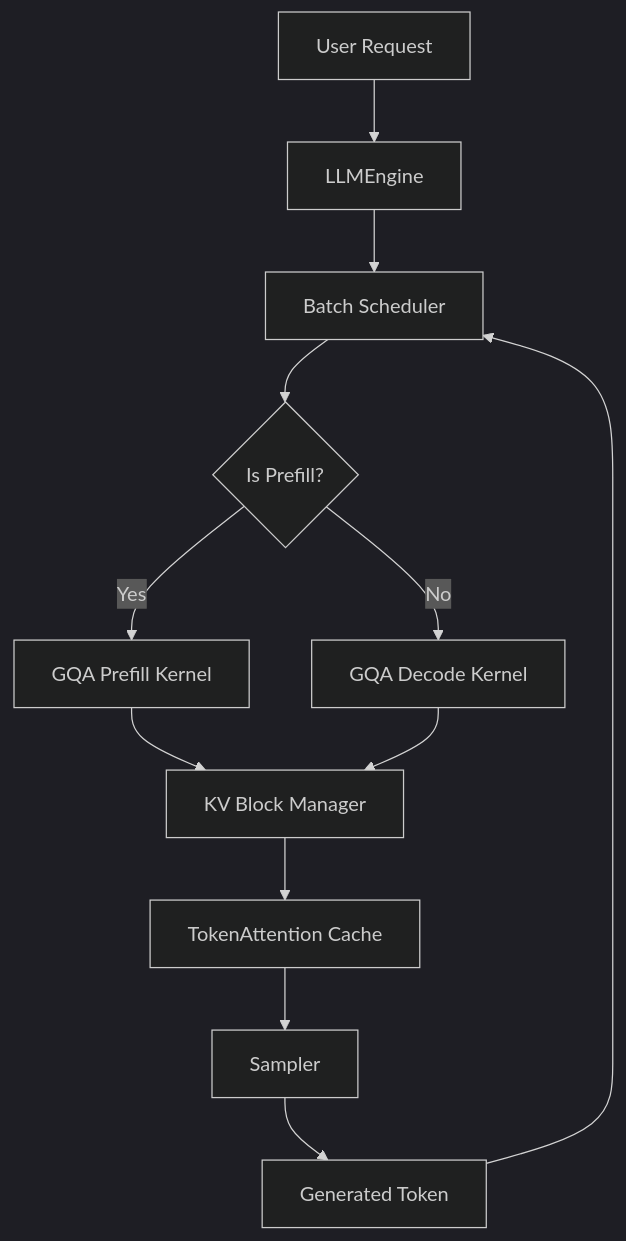
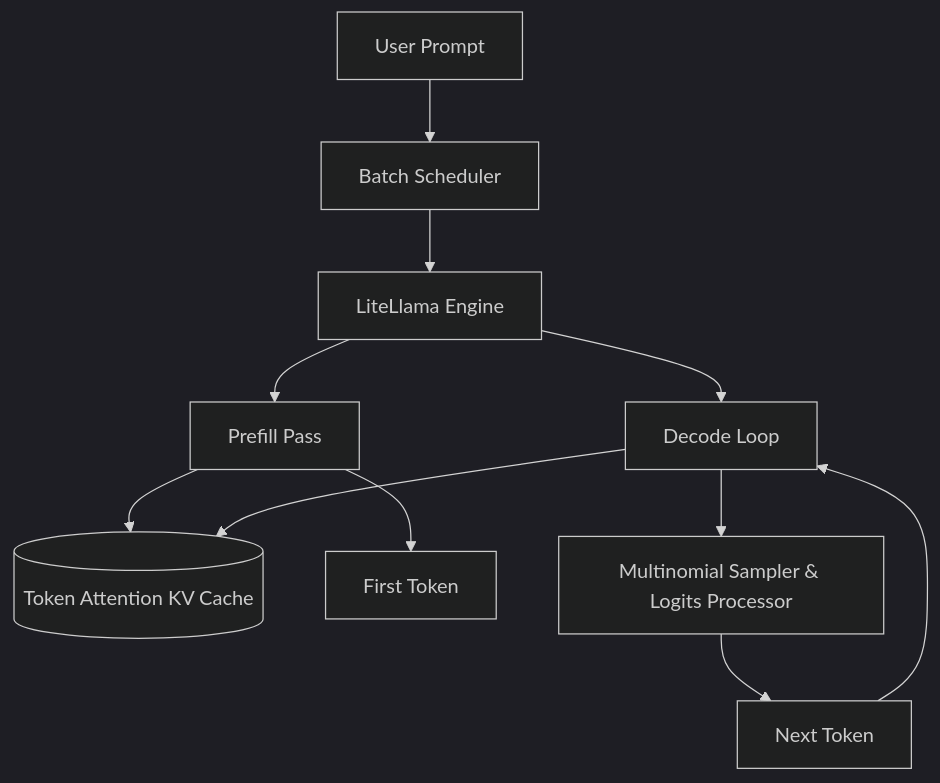
The diagram in README.md (Paramveersingh-S/Lightweight-LLM-Inference-Engine), drawn with Mermaid (dark theme) before and after one commit. The commit also changed other lines of this file and 7 other files, not shown here.

Commit message:
docs: add comprehensive enterprise README with custom logo and add automatic graph generation to all benchmark scripts

````diff
--- a/README.md
+++ b/README.md
@@ -23,14 +79,15 @@
 ```mermaid
-graph TD
-    A[User Request] --> B[LLMEngine]
-    B --> C[Batch Scheduler]
-    C --> D{Is Prefill?}
-    D -->|Yes| E[GQA Prefill Kernel]
-    D -->|No| F[GQA Decode Kernel]
-    E --> G[KV Block Manager]
-    F --> G
-    G --> H[TokenAttention Cache]
-    H --> I[Sampler]
-    I --> J[Generated Token]
-    J --> C
+graph TD;
+    User[User Prompt] --> Scheduler[Batch Scheduler];
+    Scheduler --> Engine[LiteLlama Engine];
+    Engine --> Prefill[Prefill Pass];
+    Engine --> Decode[Decode Loop];
+    
+    Prefill --> TokenCache[(Token Attention KV Cache)];
+    Decode --> TokenCache;
+    
+    Prefill --> Output[First Token];
+    Decode --> Sampler[Multinomial Sampler & Logits Processor];
+    Sampler --> OutputToken[Next Token];
+    OutputToken --> Decode;
 ```
````
